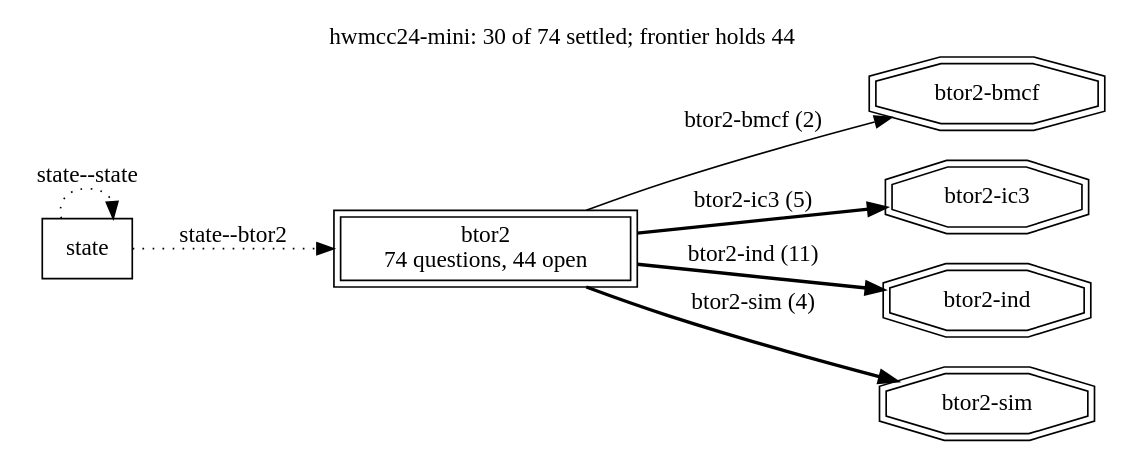
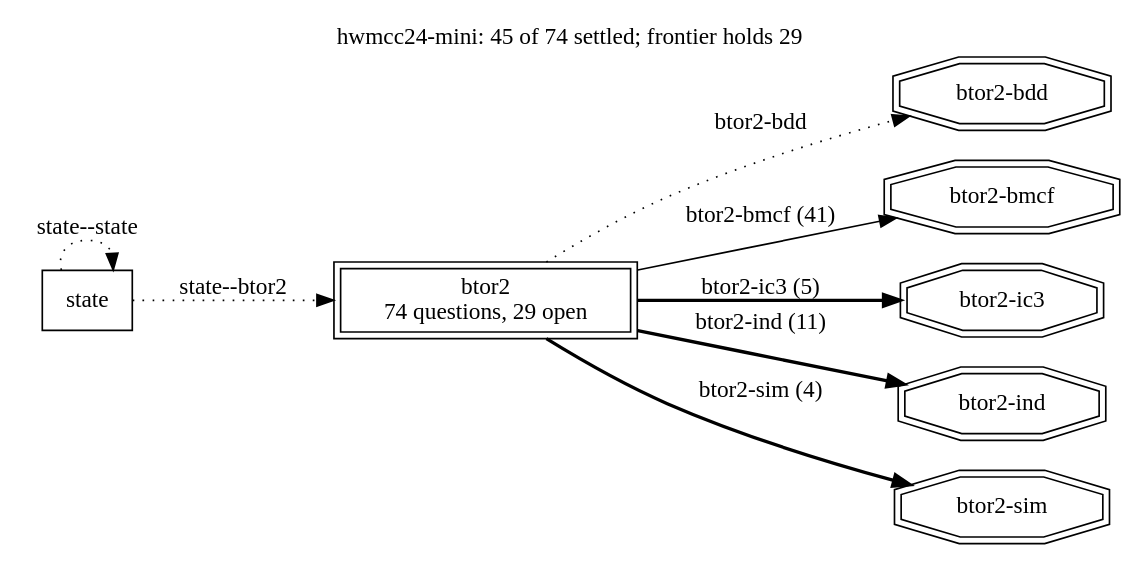
Before and after one commit to cksystemsgroup/hurdy-gurdy: the diagram in runs/hwmcc24-mini/frontier.dot, drawn with Graphviz. The commit also changed 2 other files, not shown here.

```diff
--- a/runs/hwmcc24-mini/frontier.dot
+++ b/runs/hwmcc24-mini/frontier.dot
@@ -1,17 +1,19 @@
 digraph "hwmcc24-mini" {
   rankdir=LR; labelloc=t;
-  label="hwmcc24-mini: 30 of 74 settled; frontier holds 44";
+  label="hwmcc24-mini: 45 of 74 settled; frontier holds 29";
   node [shape=box];
-  "btor2" [peripheries=2, label="btor2\n74 questions, 44 open"];
+  "btor2" [peripheries=2, label="btor2\n74 questions, 29 open"];
   "state";
   "state" -> "btor2" [style=dotted, label="state--btor2"];
   "state" -> "state" [style=dotted, label="state--state"];
+  "terminal:btor2-bdd" [shape=doubleoctagon, label="btor2-bdd"];
+  "btor2" -> "terminal:btor2-bdd" [style=dotted, label="btor2-bdd"];
   "terminal:btor2-bmcf" [shape=doubleoctagon, label="btor2-bmcf"];
-  "btor2" -> "terminal:btor2-bmcf" [style=solid, label="btor2-bmcf (2)"];
+  "btor2" -> "terminal:btor2-bmcf" [style=solid, label="btor2-bmcf (41)"];
   "terminal:btor2-ic3" [shape=doubleoctagon, label="btor2-ic3"];
   "btor2" -> "terminal:btor2-ic3" [style=bold, label="btor2-ic3 (5)"];
   "terminal:btor2-ind" [shape=doubleoctagon, label="btor2-ind"];
   "btor2" -> "terminal:btor2-ind" [style=bold, label="btor2-ind (11)"];
   "terminal:btor2-sim" [shape=doubleoctagon, label="btor2-sim"];
   "btor2" -> "terminal:btor2-sim" [style=bold, label="btor2-sim (4)"];
 }
```
